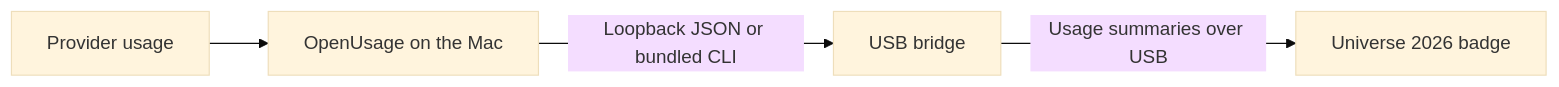
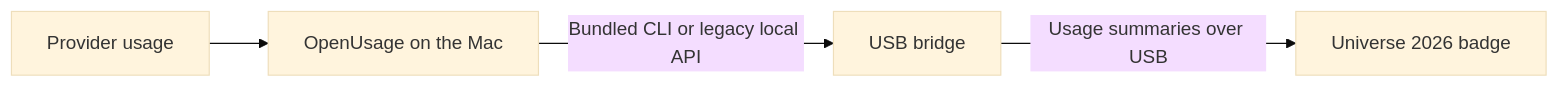
The diagram in README.md (jbaruch/universe-usage-board), drawn with Mermaid (base theme) before and after one commit. The commit also changed other lines of this file and 3 other files, not shown here.

````diff
--- a/README.md
+++ b/README.md
@@ -114,6 +116,6 @@
 ```mermaid
 flowchart LR
     P[Provider usage] --> O[OpenUsage on the Mac]
-    O -->|Loopback JSON or bundled CLI| B[USB bridge]
+    O -->|Bundled CLI or legacy local API| B[USB bridge]
     B -->|Usage summaries over USB| D[Universe 2026 badge]
 ```
````
